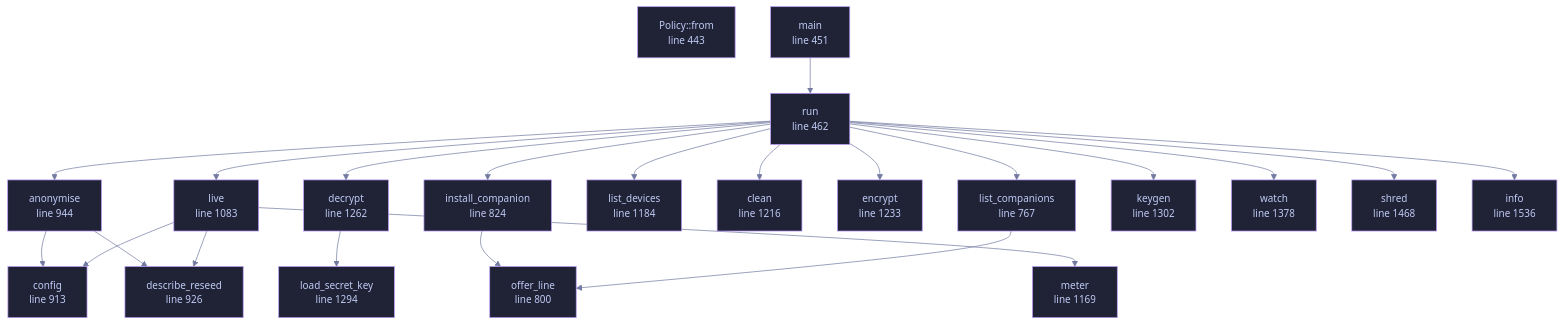
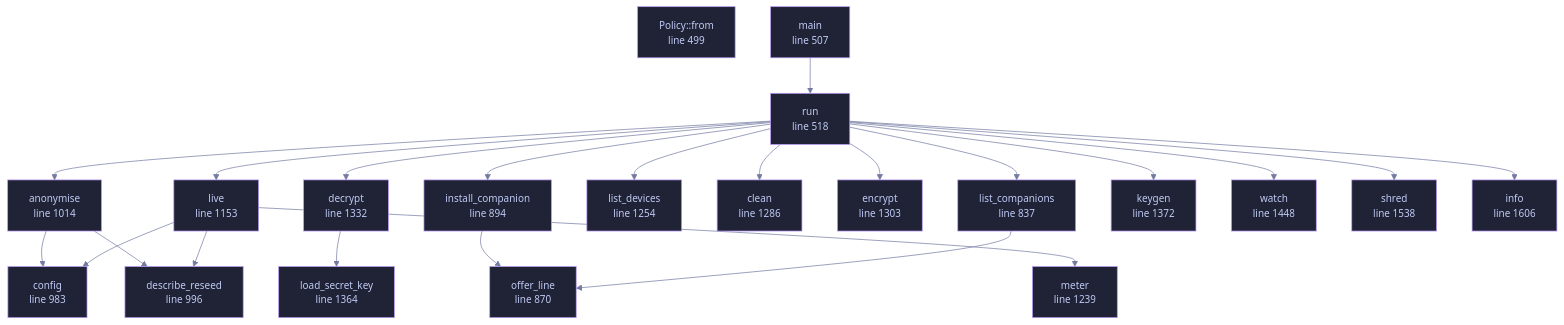
One commit to tilas01/veilvoice changed the diagram in wiki/File-veilvoice-cli-main.md. Above: the diagram before and after it, drawn with Mermaid. The commit also changed other lines of this file and 48 other files, not shown here.

````diff
--- a/wiki/File-veilvoice-cli-main.md
+++ b/wiki/File-veilvoice-cli-main.md
@@ -90,67 +92,67 @@
 ```mermaid
 %%{init: {"theme":"base","themeVariables":{"background":"#1a1b26","primaryColor":"#1f2335","primaryTextColor":"#c0caf5","primaryBorderColor":"#7aa2f7","secondaryColor":"#16161e","tertiaryColor":"#16161e","lineColor":"#737aa2","textColor":"#c0caf5","mainBkg":"#1f2335","nodeBorder":"#7aa2f7","clusterBkg":"#16161e","clusterBorder":"#2f3549","fontFamily":"ui-monospace, SFMono-Regular, Consolas, monospace","fontSize":"14px"}}}%%
 flowchart TD
-    n_from["Policy::from<br/>line 443"]
-    n_main["main<br/>line 451"]
-    n_run["run<br/>line 462"]
-    n_list_companions["list_companions<br/>line 767"]
-    n_offer_line["offer_line<br/>line 800"]
-    n_install_companion["install_companion<br/>line 824"]
-    n_config["config<br/>line 913"]
-    n_describe_reseed["describe_reseed<br/>line 926"]
-    n_anonymise["anonymise<br/>line 944"]
-    n_live["live<br/>line 1083"]
-    n_meter["meter<br/>line 1169"]
-    n_list_devices["list_devices<br/>line 1184"]
-    n_clean["clean<br/>line 1216"]
-    n_encrypt["encrypt<br/>line 1233"]
-    n_decrypt["decrypt<br/>line 1262"]
-    n_load_secret_key["load_secret_key<br/>line 1294"]
-    n_keygen["keygen<br/>line 1302"]
-    n_watch["watch<br/>line 1378"]
-    n_shred["shred<br/>line 1468"]
-    n_info["info<br/>line 1536"]
+    n_from["Policy::from<br/>line 499"]
+    n_main["main<br/>line 507"]
+    n_run["run<br/>line 518"]
+    n_list_companions["list_companions<br/>line 837"]
+    n_offer_line["offer_line<br/>line 870"]
+    n_install_companion["install_companion<br/>line 894"]
+    n_config["config<br/>line 983"]
+    n_describe_reseed["describe_reseed<br/>line 996"]
+    n_anonymise["anonymise<br/>line 1014"]
+    n_live["live<br/>line 1153"]
+    n_meter["meter<br/>line 1239"]
+    n_list_devices["list_devices<br/>line 1254"]
+    n_clean["clean<br/>line 1286"]
+    n_encrypt["encrypt<br/>line 1303"]
+    n_decrypt["decrypt<br/>line 1332"]
+    n_load_secret_key["load_secret_key<br/>line 1364"]
+    n_keygen["keygen<br/>line 1372"]
+    n_watch["watch<br/>line 1448"]
+    n_shred["shred<br/>line 1538"]
+    n_info["info<br/>line 1606"]
     n_anonymise --> n_config
     n_anonymise --> n_describe_reseed
     n_decrypt --> n_load_secret_key
     n_install_companion --> n_offer_line
     n_list_companions --> n_offer_line
     n_live --> n_config
     n_live --> n_describe_reseed
     n_live --> n_meter
     n_main --> n_run
     n_run --> n_anonymise
     n_run --> n_clean
     n_run --> n_decrypt
     n_run --> n_encrypt
     n_run --> n_info
     n_run --> n_install_companion
     n_run --> n_keygen
     n_run --> n_list_companions
     n_run --> n_list_devices
     n_run --> n_live
     n_run --> n_shred
     n_run --> n_watch
-    click n_from href "https://github.com/tilas01/veilvoice/blob/main/crates/veilvoice-cli/src/main.rs#L443" "open the source"
-    click n_main href "https://github.com/tilas01/veilvoice/blob/main/crates/veilvoice-cli/src/main.rs#L451" "open the source"
-    click n_run href "https://github.com/tilas01/veilvoice/blob/main/crates/veilvoice-cli/src/main.rs#L462" "open the source"
-    click n_list_companions href "https://github.com/tilas01/veilvoice/blob/main/crates/veilvoice-cli/src/main.rs#L767" "open the source"
-    click n_offer_line href "https://github.com/tilas01/veilvoice/blob/main/crates/veilvoice-cli/src/main.rs#L800" "open the source"
-    click n_install_companion href "https://github.com/tilas01/veilvoice/blob/main/crates/veilvoice-cli/src/main.rs#L824" "open the source"
-    click n_config href "https://github.com/tilas01/veilvoice/blob/main/crates/veilvoice-cli/src/main.rs#L913" "open the source"
-    click n_describe_reseed href "https://github.com/tilas01/veilvoice/blob/main/crates/veilvoice-cli/src/main.rs#L926" "open the source"
-    click n_anonymise href "https://github.com/tilas01/veilvoice/blob/main/crates/veilvoice-cli/src/main.rs#L944" "open the source"
-    click n_live href "https://github.com/tilas01/veilvoice/blob/main/crates/veilvoice-cli/src/main.rs#L1083" "open the source"
-    click n_meter href "https://github.com/tilas01/veilvoice/blob/main/crates/veilvoice-cli/src/main.rs#L1169" "open the source"
-    click n_list_devices href "https://github.com/tilas01/veilvoice/blob/main/crates/veilvoice-cli/src/main.rs#L1184" "open the source"
-    click n_clean href "https://github.com/tilas01/veilvoice/blob/main/crates/veilvoice-cli/src/main.rs#L1216" "open the source"
-    click n_encrypt href "https://github.com/tilas01/veilvoice/blob/main/crates/veilvoice-cli/src/main.rs#L1233" "open the source"
-    click n_decrypt href "https://github.com/tilas01/veilvoice/blob/main/crates/veilvoice-cli/src/main.rs#L1262" "open the source"
-    click n_load_secret_key href "https://github.com/tilas01/veilvoice/blob/main/crates/veilvoice-cli/src/main.rs#L1294" "open the source"
-    click n_keygen href "https://github.com/tilas01/veilvoice/blob/main/crates/veilvoice-cli/src/main.rs#L1302" "open the source"
-    click n_watch href "https://github.com/tilas01/veilvoice/blob/main/crates/veilvoice-cli/src/main.rs#L1378" "open the source"
-    click n_shred href "https://github.com/tilas01/veilvoice/blob/main/crates/veilvoice-cli/src/main.rs#L1468" "open the source"
-    click n_info href "https://github.com/tilas01/veilvoice/blob/main/crates/veilvoice-cli/src/main.rs#L1536" "open the source"
+    click n_from href "https://github.com/tilas01/veilvoice/blob/main/crates/veilvoice-cli/src/main.rs#L499" "open the source"
+    click n_main href "https://github.com/tilas01/veilvoice/blob/main/crates/veilvoice-cli/src/main.rs#L507" "open the source"
+    click n_run href "https://github.com/tilas01/veilvoice/blob/main/crates/veilvoice-cli/src/main.rs#L518" "open the source"
+    click n_list_companions href "https://github.com/tilas01/veilvoice/blob/main/crates/veilvoice-cli/src/main.rs#L837" "open the source"
+    click n_offer_line href "https://github.com/tilas01/veilvoice/blob/main/crates/veilvoice-cli/src/main.rs#L870" "open the source"
+    click n_install_companion href "https://github.com/tilas01/veilvoice/blob/main/crates/veilvoice-cli/src/main.rs#L894" "open the source"
+    click n_config href "https://github.com/tilas01/veilvoice/blob/main/crates/veilvoice-cli/src/main.rs#L983" "open the source"
+    click n_describe_reseed href "https://github.com/tilas01/veilvoice/blob/main/crates/veilvoice-cli/src/main.rs#L996" "open the source"
+    click n_anonymise href "https://github.com/tilas01/veilvoice/blob/main/crates/veilvoice-cli/src/main.rs#L1014" "open the source"
+    click n_live href "https://github.com/tilas01/veilvoice/blob/main/crates/veilvoice-cli/src/main.rs#L1153" "open the source"
+    click n_meter href "https://github.com/tilas01/veilvoice/blob/main/crates/veilvoice-cli/src/main.rs#L1239" "open the source"
+    click n_list_devices href "https://github.com/tilas01/veilvoice/blob/main/crates/veilvoice-cli/src/main.rs#L1254" "open the source"
+    click n_clean href "https://github.com/tilas01/veilvoice/blob/main/crates/veilvoice-cli/src/main.rs#L1286" "open the source"
+    click n_encrypt href "https://github.com/tilas01/veilvoice/blob/main/crates/veilvoice-cli/src/main.rs#L1303" "open the source"
+    click n_decrypt href "https://github.com/tilas01/veilvoice/blob/main/crates/veilvoice-cli/src/main.rs#L1332" "open the source"
+    click n_load_secret_key href "https://github.com/tilas01/veilvoice/blob/main/crates/veilvoice-cli/src/main.rs#L1364" "open the source"
+    click n_keygen href "https://github.com/tilas01/veilvoice/blob/main/crates/veilvoice-cli/src/main.rs#L1372" "open the source"
+    click n_watch href "https://github.com/tilas01/veilvoice/blob/main/crates/veilvoice-cli/src/main.rs#L1448" "open the source"
+    click n_shred href "https://github.com/tilas01/veilvoice/blob/main/crates/veilvoice-cli/src/main.rs#L1538" "open the source"
+    click n_info href "https://github.com/tilas01/veilvoice/blob/main/crates/veilvoice-cli/src/main.rs#L1606" "open the source"
     classDef helper fill:#1f2335,stroke:#bb9af7,color:#c0caf5
     class n_from,n_main,n_run,n_list_companions,n_offer_line,n_install_companion,n_config,n_describe_reseed,n_anonymise,n_live,n_meter,n_list_devices,n_clean,n_encrypt,n_decrypt,n_load_secret_key,n_keygen,n_watch,n_shred,n_info helper
 ```
````
